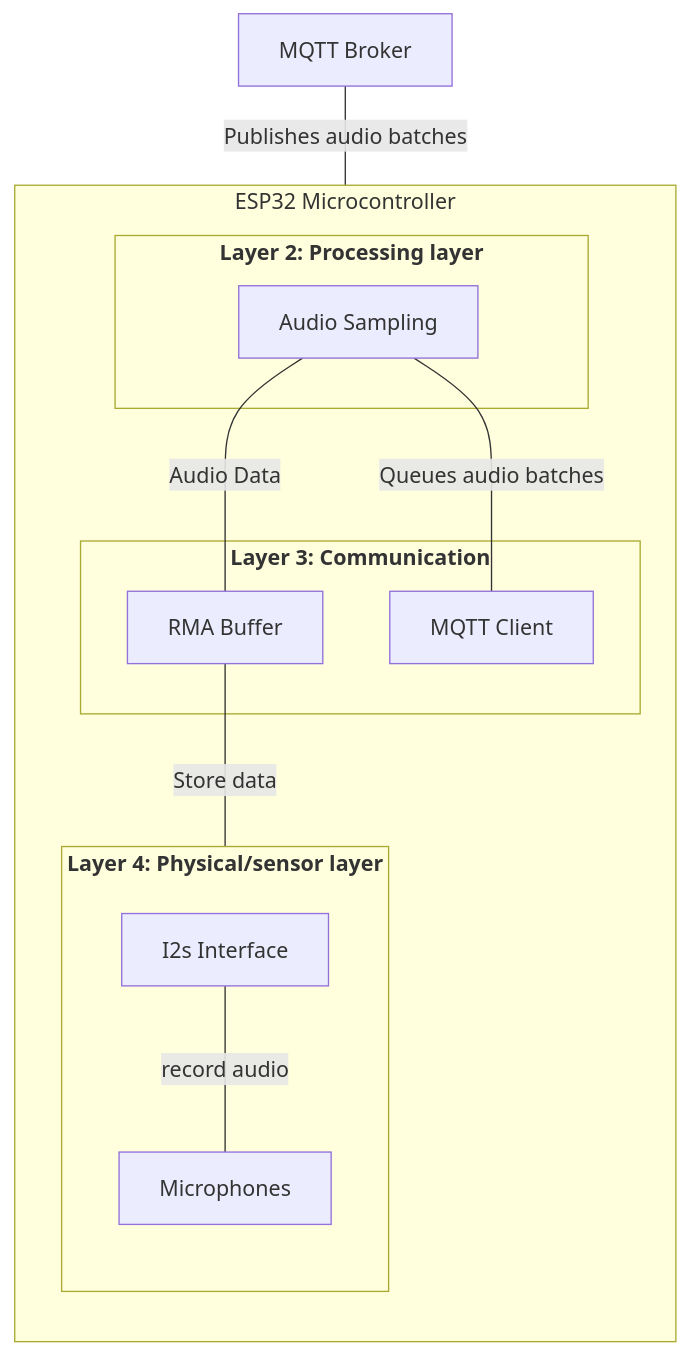
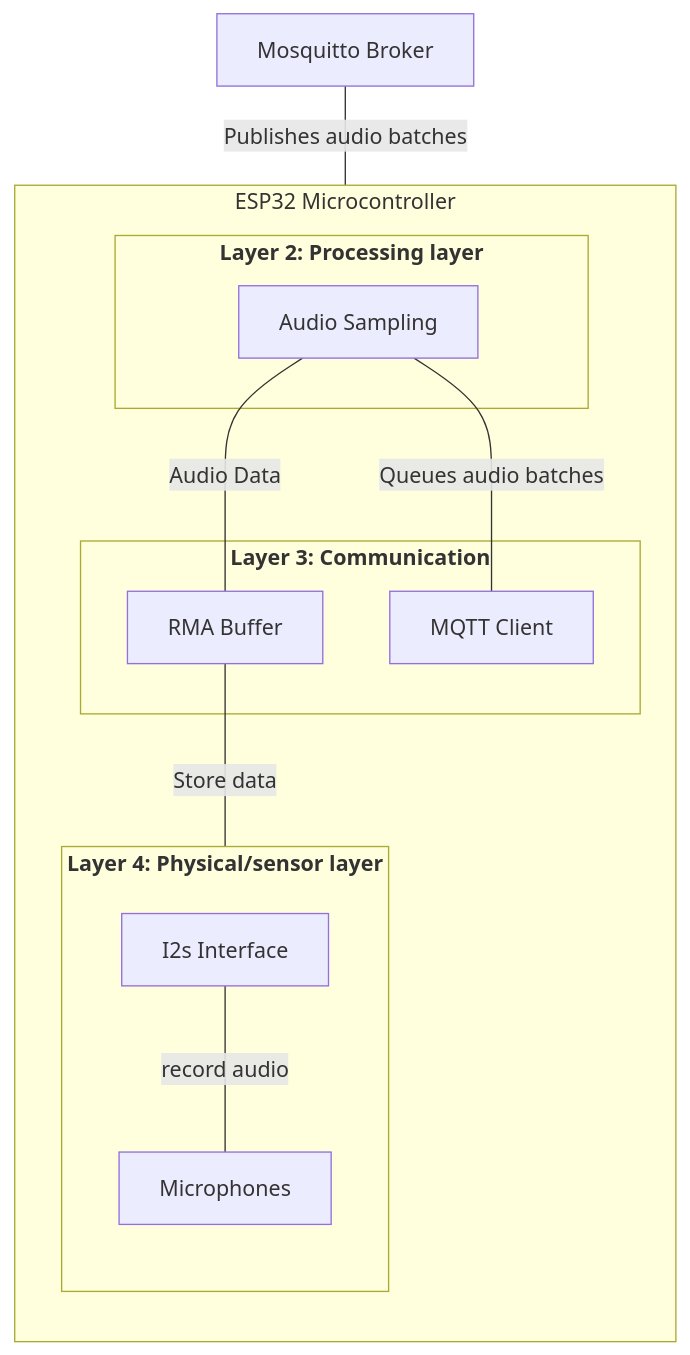
One commit to Lukas4314/3-Semester-project changed the diagram in mermaidCharts/ESP.mmd. Above: the diagram before and after it, drawn with Mermaid. The commit also changed 5 other files, not shown here.

Commit message:
Refine documentation and diagrams for voice-controlled robot project, including clarifications on command interpretation, sound localization, and MQTT broker terminology.

```diff
--- a/mermaidCharts/ESP.mmd
+++ b/mermaidCharts/ESP.mmd
@@ -1,27 +1,27 @@
 flowchart TD
     subgraph ESP[ESP32 Microcontroller]
         direction TB
         subgraph L1[<b>Layer 4: Physical/sensor layer</b>]
             direction TB
             
             ESP_Board[I2s Interface]
             ESP_Mic[Microphones]
             ESP_Board -- "record audio" --- ESP_Mic
         end
 
         subgraph L2[<b>Layer 3: Communication</b>]
             ESP_MQTT[MQTT Client]
             ESP_BUFFERREADER[RMA Buffer]
         end
 
         subgraph L3[<b>Layer 2: Processing layer</b>]
             
             ESP_Sampling[Audio Sampling]
         end
     end
 
 
-    MQTT_Broker[MQTT Broker] -- "Publishes audio batches" --- ESP_MQTT
+    MQTT_Broker[Mosquitto Broker] -- "Publishes audio batches" --- ESP_MQTT
     ESP_BUFFERREADER -- "Store data" --- ESP_Board
     ESP_Sampling -- "Queues audio batches" --- ESP_MQTT
     ESP_Sampling -- "Audio Data" --- ESP_BUFFERREADER
```
